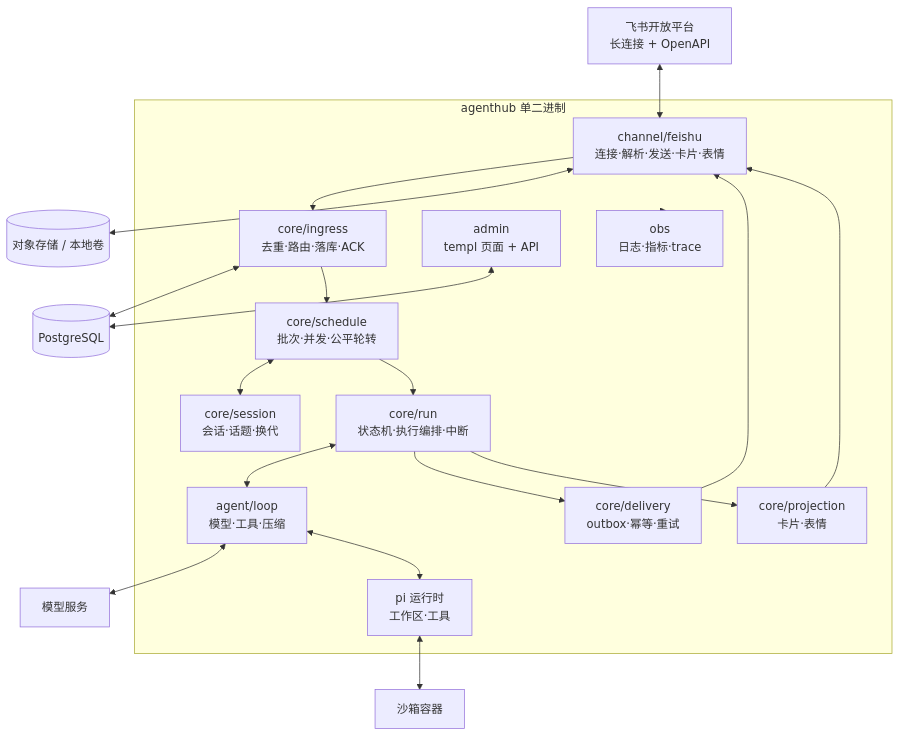
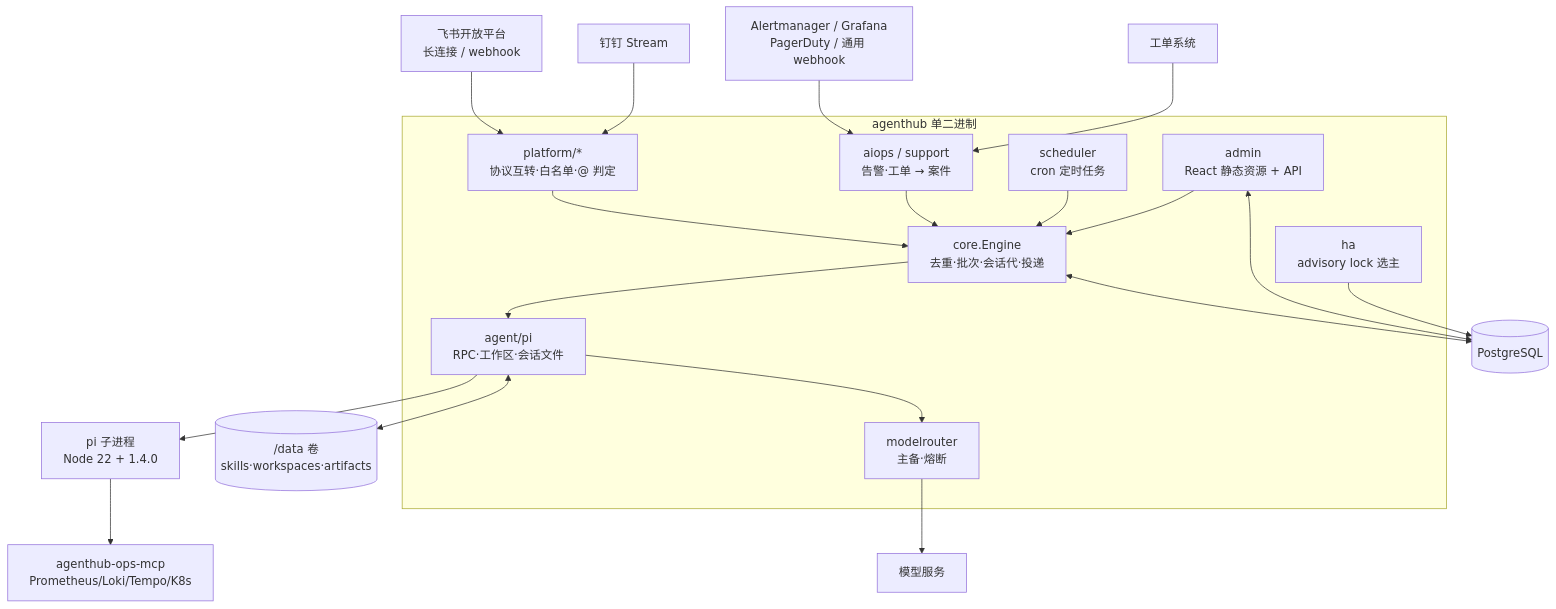
Before and after one commit to dongdonglog/Agenthub: the first of 2 diagrams in docs/architecture.md, drawn with Mermaid. The commit also changed other lines of this file and 9 other files, not shown here.

First line of the commit message:
docs: rewrite AGENTS.md, refresh architecture, add repo skills

````diff
--- a/docs/architecture.md
+++ b/docs/architecture.md
@@ -13,39 +16,42 @@
 ```mermaid
 flowchart TB
-    FS["飞书开放平台<br/>长连接 + OpenAPI"]
+    FS["飞书开放平台<br/>长连接 / webhook"]
+    DT["钉钉 Stream"]
+    AL["Alertmanager / Grafana<br/>PagerDuty / 通用 webhook"]
+    TK["工单系统"]
+
     subgraph APP["agenthub 单二进制"]
-        CH["channel/feishu<br/>连接·解析·发送·卡片·表情"]
-        IN["core/ingress<br/>去重·路由·落库·ACK"]
-        SE["core/session<br/>会话·话题·换代"]
-        SC["core/schedule<br/>批次·并发·公平轮转"]
-        RU["core/run<br/>状态机·执行编排·中断"]
-        DE["core/delivery<br/>outbox·幂等·重试"]
-        PR["core/projection<br/>卡片·表情"]
-        AG["agent/loop<br/>模型·工具·压缩"]
-        TL["pi 运行时<br/>工作区·工具"]
-        AD["admin<br/>templ 页面 + API"]
-        OB["obs<br/>日志·指标·trace"]
+        CH["platform/*<br/>协议互转·白名单·@ 判定"]
+        EN["core.Engine<br/>去重·批次·会话代·投递"]
+        PI["agent/pi<br/>RPC·工作区·会话文件"]
+        MR["modelrouter<br/>主备·熔断"]
+        AD["admin<br/>React 静态资源 + API"]
+        AI["aiops / support<br/>告警·工单 → 案件"]
+        SC["scheduler<br/>cron 定时任务"]
+        HA["ha<br/>advisory lock 选主"]
     end
+
     PG[("PostgreSQL")]
-    S3[("对象存储 / 本地卷")]
+    DATA[("/data 卷<br/>skills·workspaces·artifacts")]
+    PIM["pi 子进程<br/>Node 22 + 1.4.0"]
+    MCP["agenthub-ops-mcp<br/>Prometheus/Loki/Tempo/K8s"]
     LLM["模型服务"]
-    SB["沙箱容器"]
 
-    FS <--> CH
-    CH --> IN
-    IN <--> PG
-    IN --> SC
-    SC <--> SE
-    SC --> RU
-    RU <--> AG
-    AG <--> LLM
-    AG <--> TL
-    TL <--> SB
-    CH <--> S3
-    RU --> DE
-    DE --> CH
-    RU --> PR
-    PR --> CH
+    FS --> CH
+    DT --> CH
+    AL --> AI
+    TK --> AI
+    CH --> EN
+    AI --> EN
+    SC --> EN
+    EN --> PI
+    PI --> PIM
+    PIM --> MCP
+    PI --> MR
+    MR --> LLM
+    EN <--> PG
+    PI <--> DATA
     AD <--> PG
-    APP --> OB
+    AD --> EN
+    HA --> PG
 ```
````
